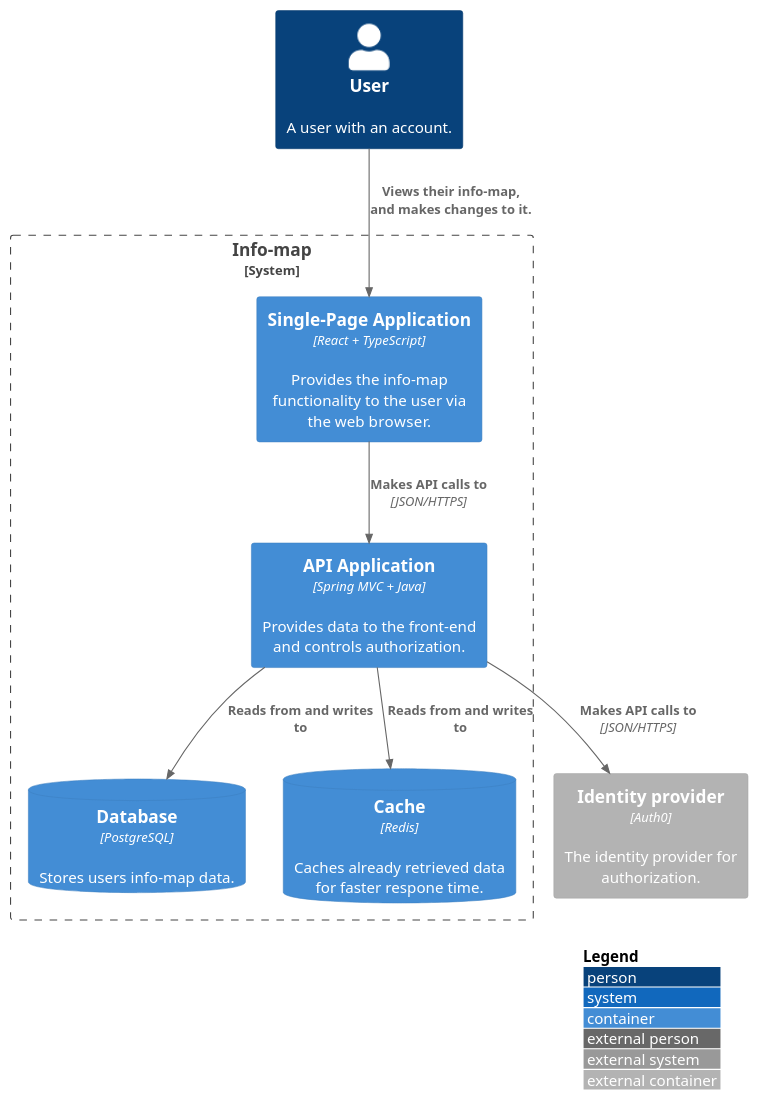
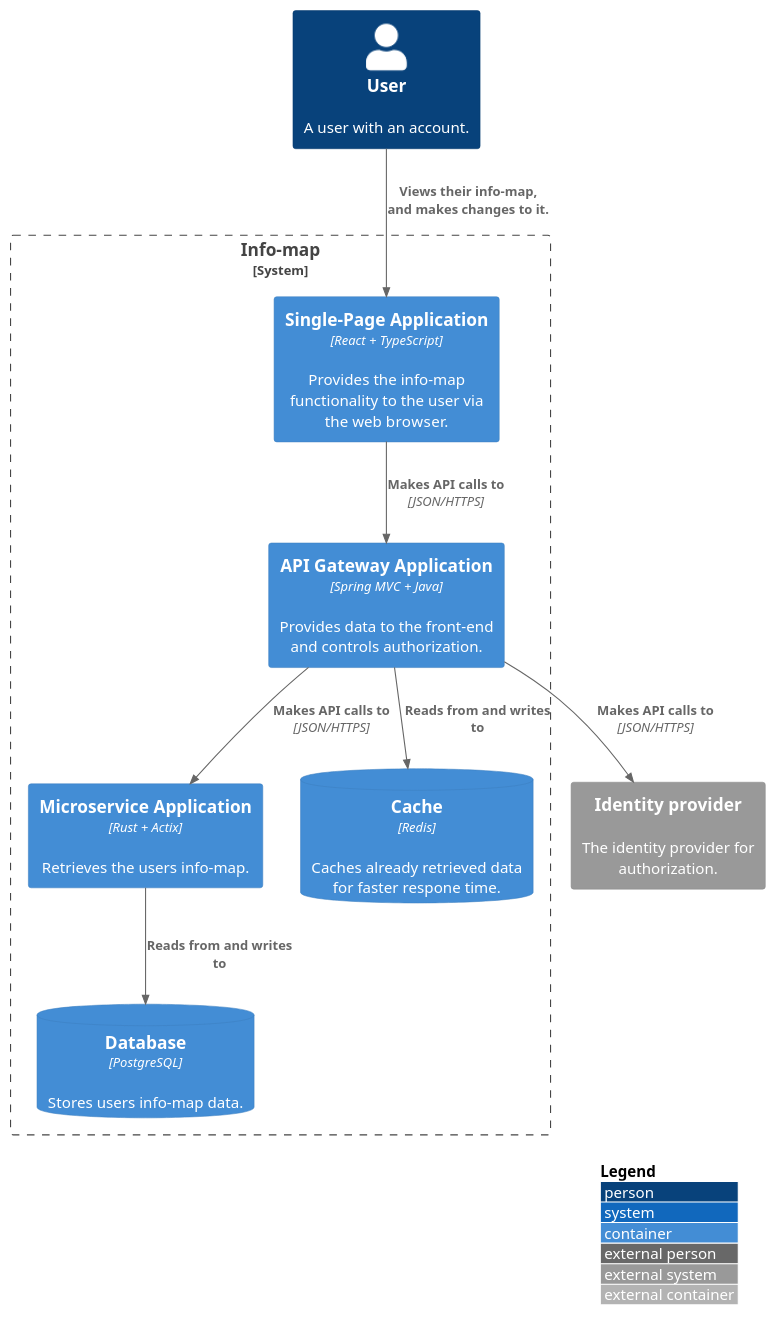
One commit to FHICT-S-Koen/info-map-docs changed the diagram in diagrams/container.puml. Above: the diagram before and after it, drawn with PlantUML. The commit also changed 1 other file, not shown here.

```diff
--- a/diagrams/container.puml
+++ b/diagrams/container.puml
@@ -1,22 +1,26 @@
 @startuml C4_Elements
 !include https://raw.githubusercontent.com/plantuml-stdlib/C4-PlantUML/master/C4_Container.puml
 
 LAYOUT_WITH_LEGEND()
 
 Person(user, "User", "A user with an account.")
 
-Container_Ext(auth, "Identity provider", "Auth0", "The identity provider for authorization.")
+System_Ext(auth, "Identity provider", "The identity provider for authorization.")
 
 System_Boundary(boundry, "Info-map"){
 	Container(spa, "Single-Page Application", "React + TypeScript", "Provides the info-map functionality to the user via the web browser.")
-	Container(api, "API Application", "Spring MVC + Java", "Provides data to the front-end and controls authorization.")
+	Container(api, "API Gateway Application", "Spring MVC + Java", "Provides data to the front-end and controls authorization.")
+	Container(micro, "Microservice Application", "Rust + Actix", "Retrieves the users info-map.")
 	ContainerDb(db, "Database", "PostgreSQL", "Stores users info-map data.")
 	ContainerDb(cache, "Cache", "Redis", "Caches already retrieved data for faster respone time.")
 }
 Rel(user, spa, "Views their info-map, and makes changes to it.")
+
 Rel(spa, api, "Makes API calls to", "JSON/HTTPS")
+
 Rel(api, auth, "Makes API calls to", "JSON/HTTPS")
 Rel(api, cache, "Reads from and writes to")
-Rel(api, db, "Reads from and writes to")
+Rel(api, micro, "Makes API calls to", "JSON/HTTPS")
 
+Rel(micro, db, "Reads from and writes to")
 @enduml
```
